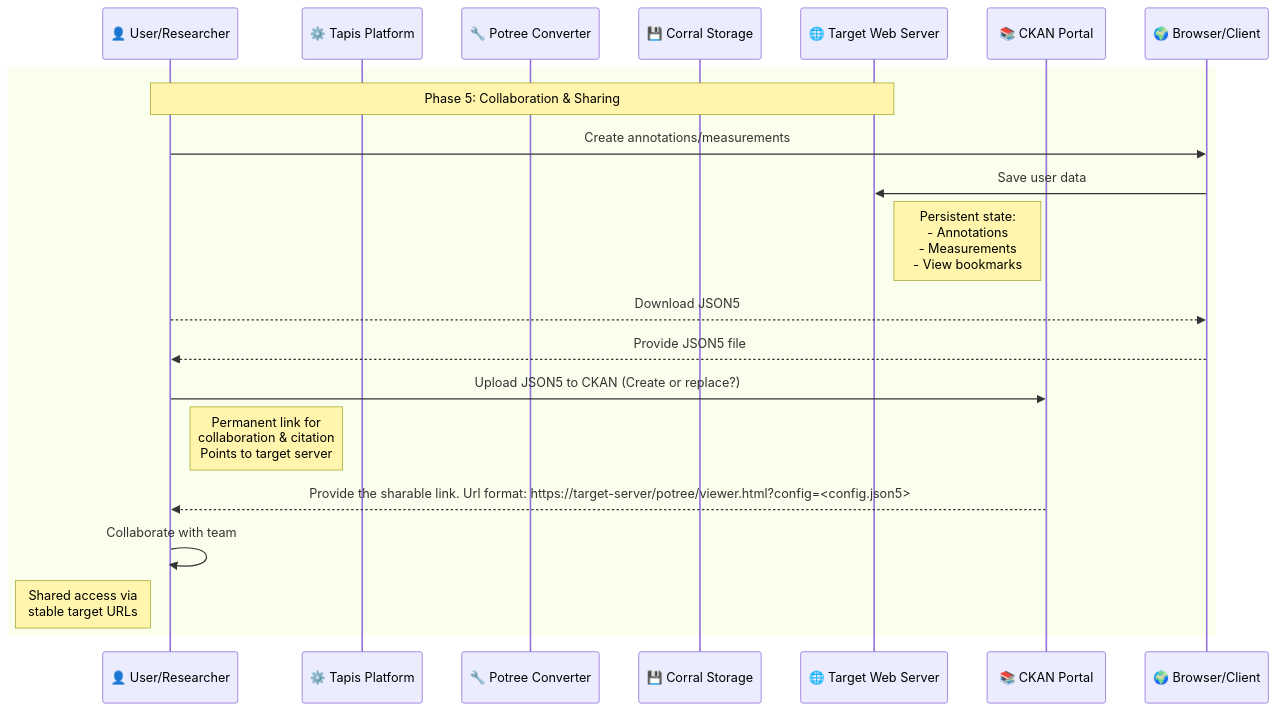
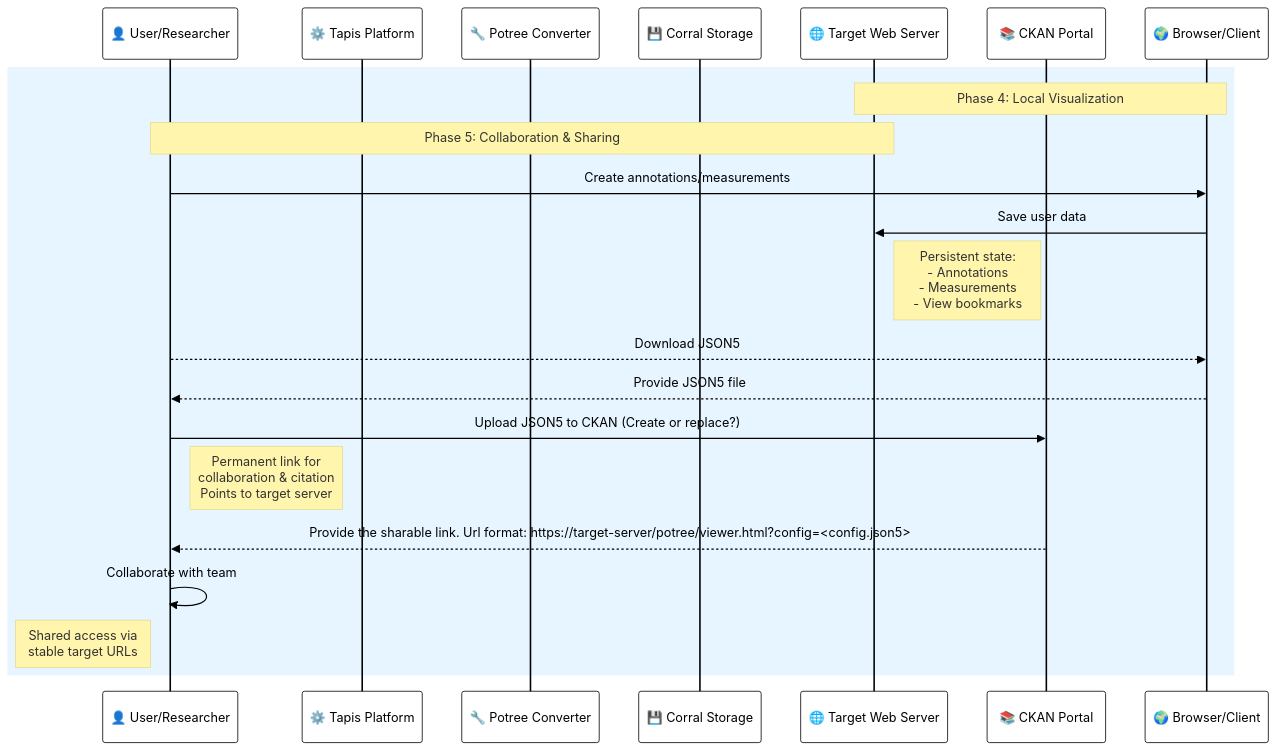
The fifth of 5 diagrams in README-pipeline.md (In-For-Disaster-Analytics/potree), drawn with Mermaid before and after one commit. The commit also changed other lines of this file, not shown here.

````diff
--- a/README-pipeline.md
+++ b/README-pipeline.md
@@ -334,25 +338,27 @@
 ```mermaid
+%%{ init : { "theme" : "base", "themeVariables" : { "primaryColor" : "#fff", "primaryTextColor" : "#000", "primaryBorderColor" : "#000", "lineColor" : "#000", "secondaryColor" : "#f8f8f8", "tertiaryColor" : "#f0f0f0" }}}%%
 sequenceDiagram
     participant User as 👤 User/Researcher
     participant Tapis as ⚙️ Tapis Platform
     participant Potree as 🔧 Potree Converter
     participant Corral as 💾 Corral Storage
     participant Target as 🌐 Target Web Server
     participant CKAN as 📚 CKAN Portal
     participant Browser as 🌍 Browser/Client
 
     %% Collaboration & Sharing
-    rect
+    rect rgb(230, 245, 255)
+        Note over Browser,Target: Phase 4: Local Visualization
         Note over User,Target: Phase 5: Collaboration & Sharing
         User->>Browser: Create annotations/measurements
         Browser->>Target: Save user data
         Note right of Target: Persistent state:<br/>- Annotations<br/>- Measurements<br/>- View bookmarks
         User-->>Browser: Download JSON5
         Browser-->>User: Provide JSON5 file
         User->>CKAN: Upload JSON5 to CKAN (Create or replace?)
         Note right of User: Permanent link for<br/>collaboration & citation<br/>Points to target server
         CKAN-->>User: Provide the sharable link. Url format: https://target-server/potree/viewer.html?config=<config.json5>
         User->>User: Collaborate with team
         Note left of User: Shared access via<br/>stable target URLs
     end
 ```
````
